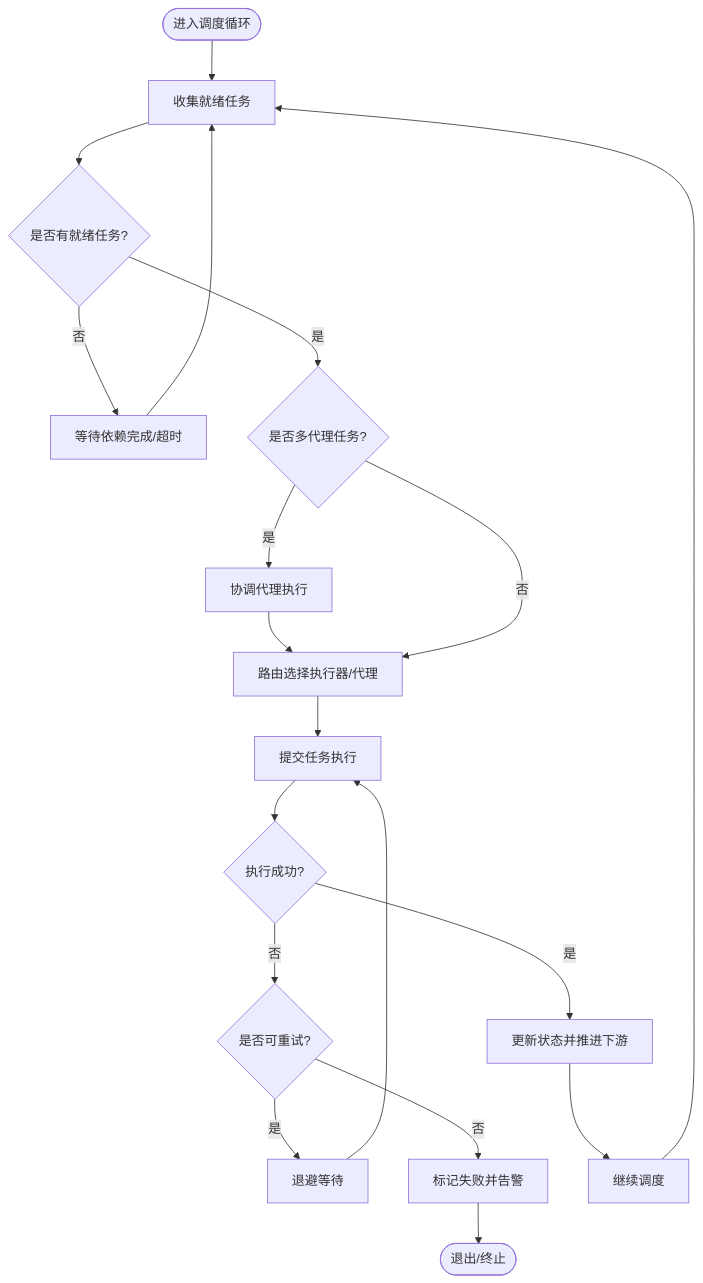
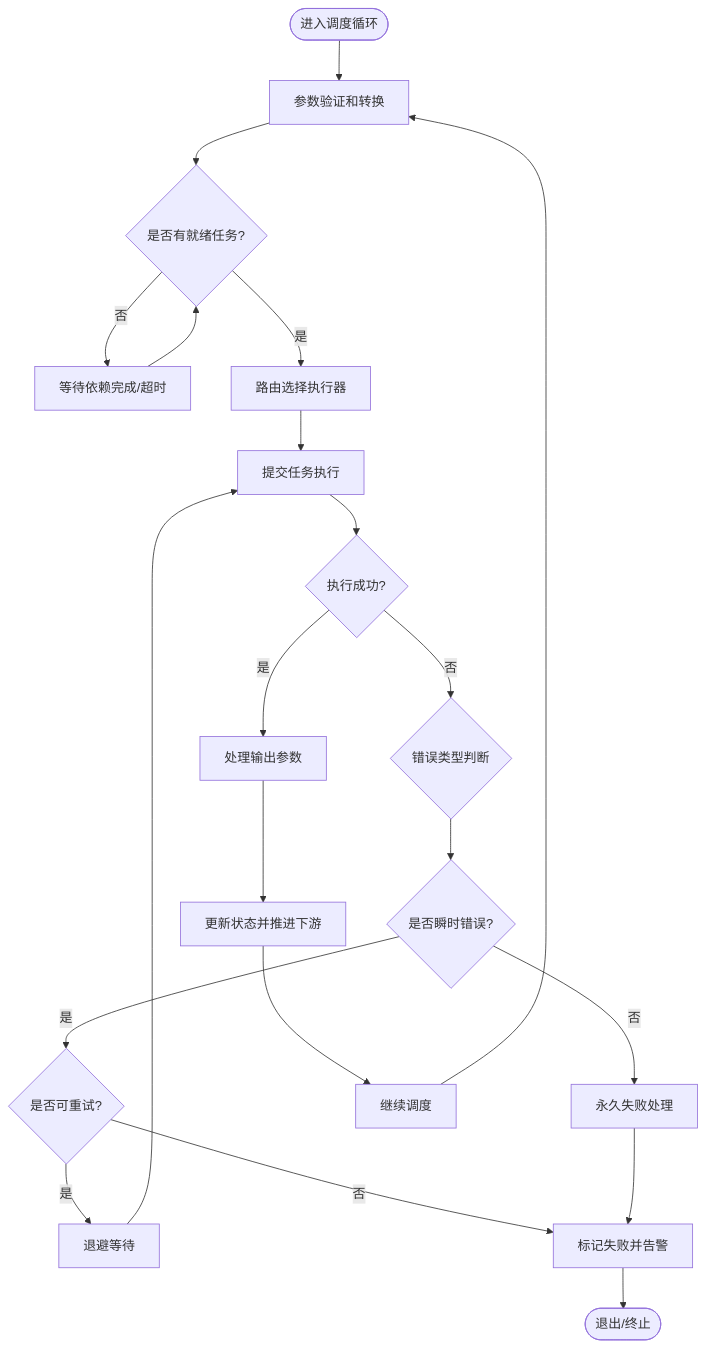
One commit to QuStarry/VIB-SparseCommunication changed the fifth of 6 diagrams in .qoder/repowiki/zh/content/核心架构/工作流引擎.md. Above: the diagram before and after it, drawn with Mermaid. The commit also changed other lines of this file and 31 other files, not shown here.

````diff
--- a/.qoder/repowiki/zh/content/核心架构/工作流引擎.md
+++ b/.qoder/repowiki/zh/content/核心架构/工作流引擎.md
@@ -347,21 +343,23 @@
 ```mermaid
 flowchart TD
-Start(["进入调度循环"]) --> Ready["收集就绪任务"]
-Ready --> HasReady{"是否有就绪任务?"}
+Start(["进入调度循环"]) --> ParamCheck["参数验证和转换"]
+ParamCheck --> HasReady{"是否有就绪任务?"}
 HasReady -- "否" --> Wait["等待依赖完成/超时"]
-Wait --> Ready
-HasReady -- "是" --> MultiAgent{"是否多代理任务?"}
-MultiAgent -- "是" --> Coord["协调代理执行"]
-Coord --> Route["路由选择执行器/代理"]
-MultiAgent -- "否" --> Route
+Wait --> HasReady
+HasReady -- "是" --> Route["路由选择执行器"]
 Route --> Submit["提交任务执行"]
 Submit --> Result{"执行成功?"}
-Result -- "是" --> Update["更新状态并推进下游"]
-Result -- "否" --> RetryCheck{"是否可重试?"}
+Result -- "是" --> OutputParam["处理输出参数"]
+OutputParam --> Update["更新状态并推进下游"]
+Result -- "否" --> ErrorType{"错误类型判断"}
+ErrorType --> IsTransient{"是否瞬时错误?"}
+IsTransient -- "是" --> RetryCheck{"是否可重试?"}
 RetryCheck -- "是" --> Backoff["退避等待"]
 Backoff --> Submit
 RetryCheck -- "否" --> Fail["标记失败并告警"]
+IsTransient -- "否" --> PermanentFail["永久失败处理"]
+PermanentFail --> Fail
 Update --> Next["继续调度"]
 Fail --> End(["退出/终止"])
-Next --> Ready
+Next --> ParamCheck
 ```
````
